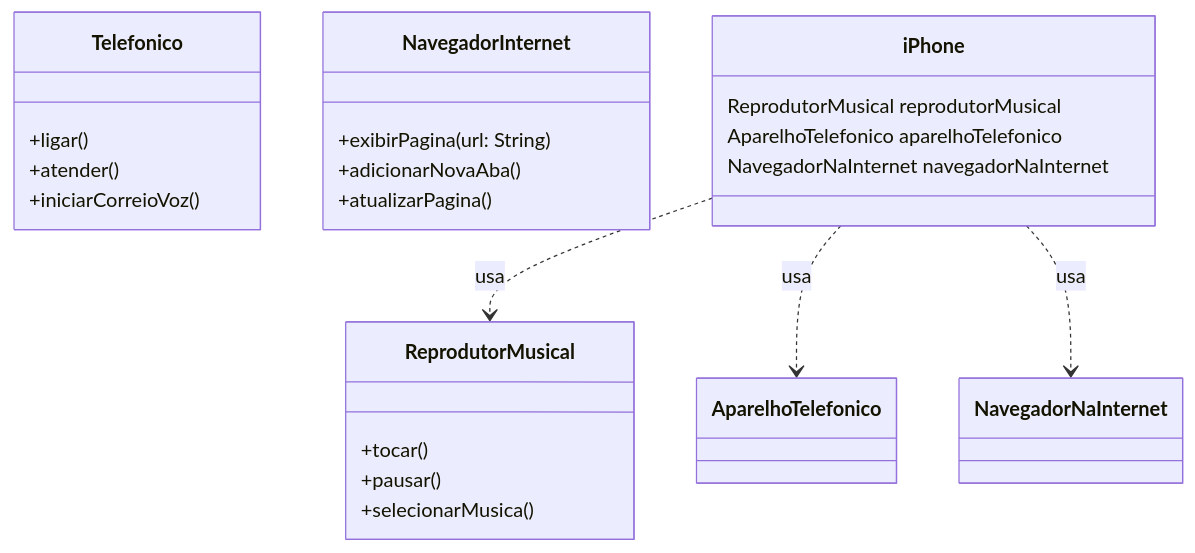
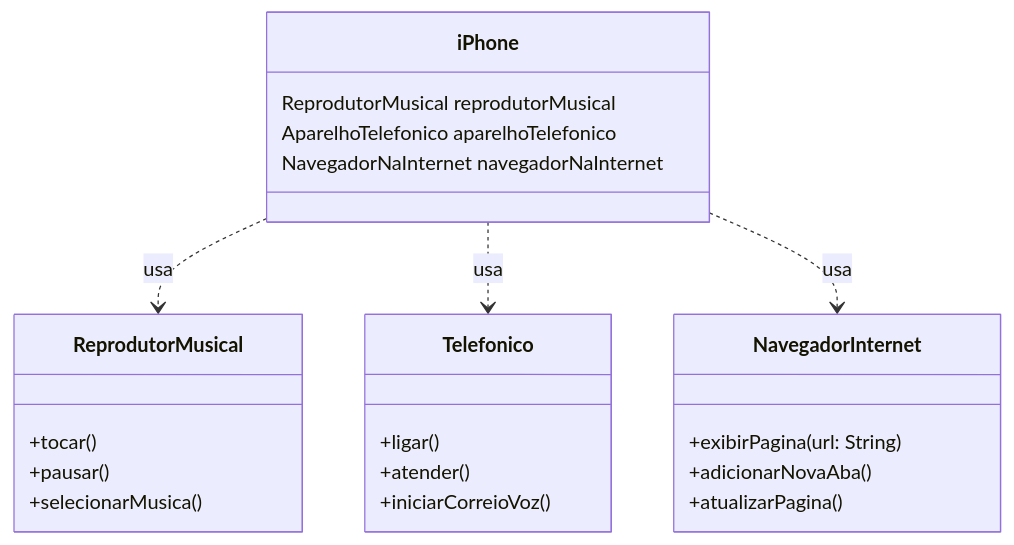
One commit to Ki3lMigu3l/desafio-UML-iPhone-dio changed the diagram in README.md. Above: the diagram before and after it, drawn with Mermaid.

Commit message:
Corrigindo o código Mermaid do diagrama UML.

````diff
--- a/README.md
+++ b/README.md
@@ -21,31 +21,31 @@
 ```mermaid
 classDiagram
     class ReprodutorMusical {
         +tocar()
         +pausar()
         +selecionarMusica()
     }
 
     class Telefonico {
         +ligar()
         +atender()
         +iniciarCorreioVoz()
     }
 
     class NavegadorInternet {
         +exibirPagina(url: String)
         +adicionarNovaAba()
         +atualizarPagina()
     }
 
     class iPhone {
         ReprodutorMusical reprodutorMusical
         AparelhoTelefonico aparelhoTelefonico
         NavegadorNaInternet navegadorNaInternet
     }
 
     iPhone ..> ReprodutorMusical : usa
-    iPhone ..> AparelhoTelefonico : usa
-    iPhone ..> NavegadorNaInternet : usa
+    iPhone ..> Telefonico : usa
+    iPhone ..> NavegadorInternet : usa
 
 ```
````
